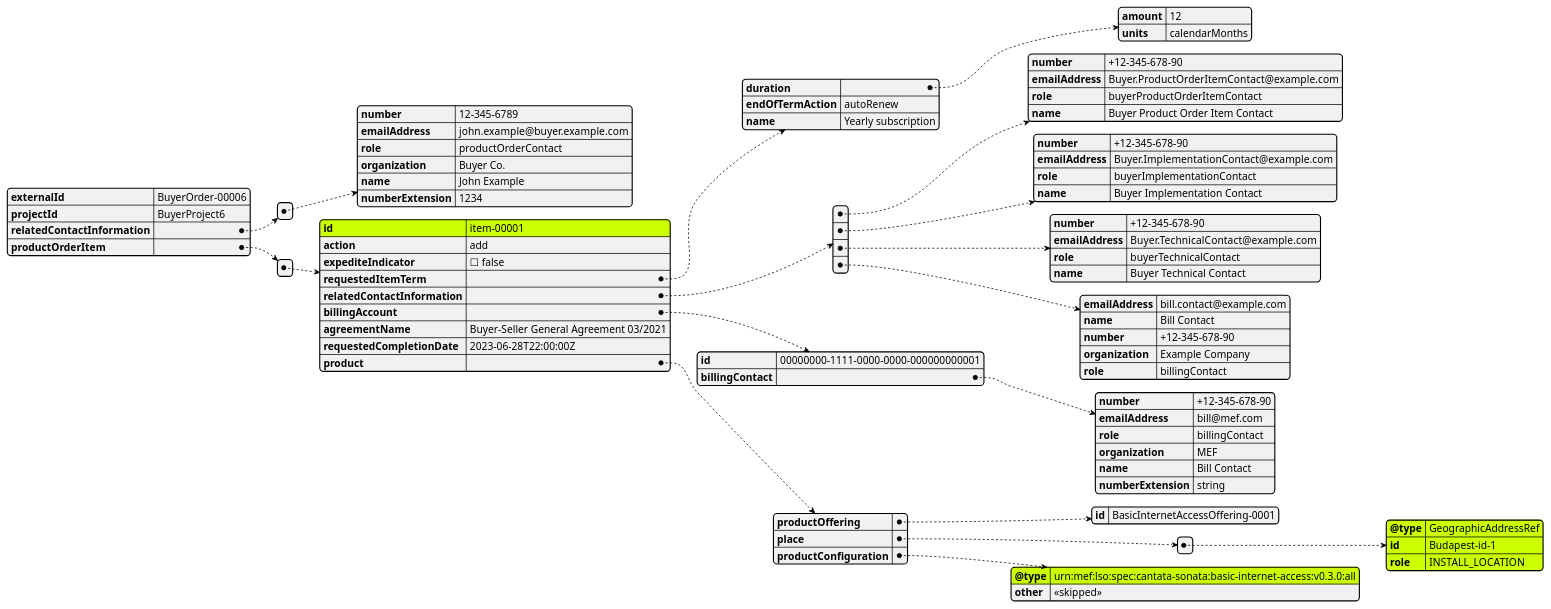
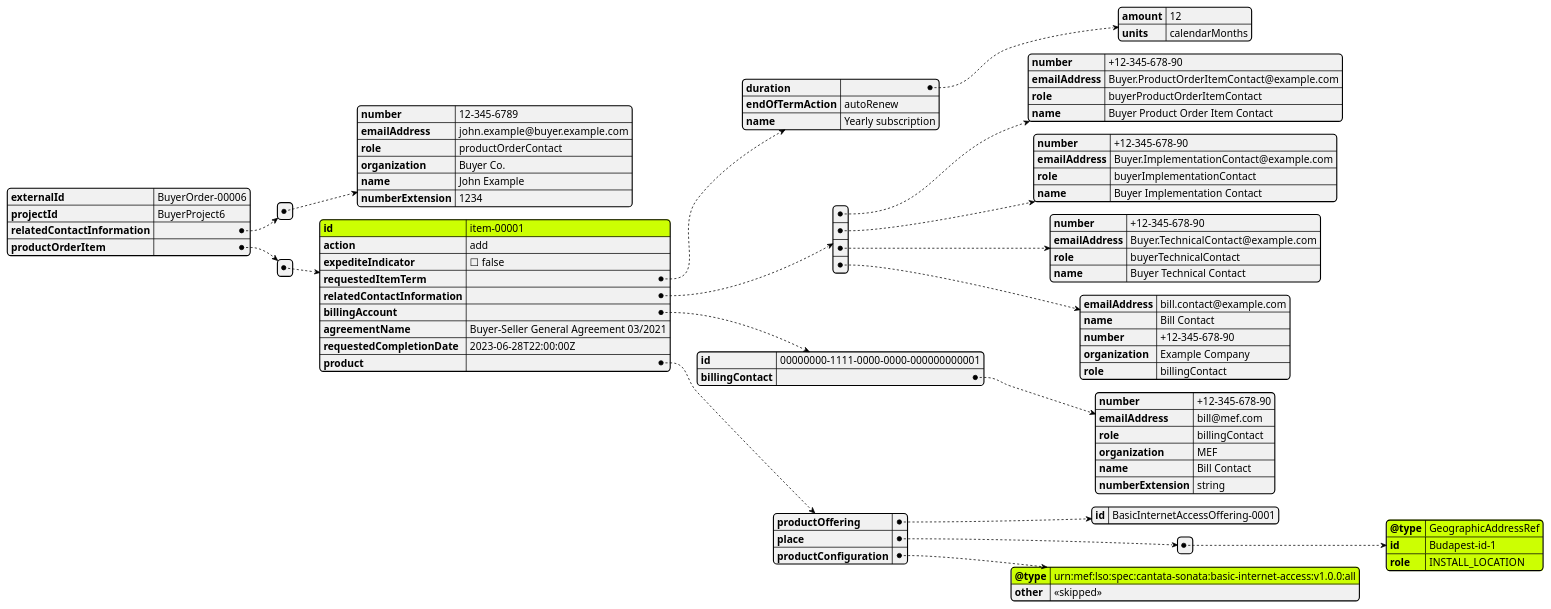
The diagram in documentation/productSchema/ip/internetAccess/MEF 139 resources/media/useCases/uc6Order.puml (MEF-GIT/MEF-LSO-Sonata-SDK), drawn with PlantUML before and after one commit. The commit also changed 83 other files, not shown here.

Commit message:
MEF W139 Internet Access schemas Letter Ballot

```diff
--- a/documentation/productSchema/ip/internetAccess/MEF 139 resources/media/useCases/uc6Order.puml
+++ b/documentation/productSchema/ip/internetAccess/MEF 139 resources/media/useCases/uc6Order.puml
@@ -1,96 +1,96 @@
 @startjson
 
 
 #highlight "productOrderItem" / "0" / "id" 
 #highlight "productOrderItem" / "0" / "product" / "productConfiguration" / "@type"
 #highlight "productOrderItem" / "0" / "product" / "place" / "0" / "@type"
 #highlight "productOrderItem" / "0" / "product" / "place" / "0" / "id"
 #highlight "productOrderItem" / "0" / "product" / "place" / "0" / "role"
 
 {
   "externalId": "BuyerOrder-00006",
   "projectId": "BuyerProject6",
   "relatedContactInformation": [
     {
       "number": "12-345-6789",
       "emailAddress": "john.example@buyer.example.com",
       "role": "productOrderContact",
       "organization": "Buyer Co.",
       "name": "John Example",
       "numberExtension": "1234"
     }
   ],
   "productOrderItem": [
     {
       "id": "item-00001",
       "action": "add",
       "expediteIndicator": false,
       "requestedItemTerm": {
         "duration": {
           "amount": 12,
           "units": "calendarMonths"
         },
         "endOfTermAction": "autoRenew",
         "name": "Yearly subscription"
       },
       "relatedContactInformation": [
         {
           "number": "+12-345-678-90",
           "emailAddress": "Buyer.ProductOrderItemContact@example.com",
           "role": "buyerProductOrderItemContact",
           "name": "Buyer Product Order Item Contact"
         },
         {
           "number": "+12-345-678-90",
           "emailAddress": "Buyer.ImplementationContact@example.com",
           "role": "buyerImplementationContact",
           "name": "Buyer Implementation Contact"
         },
         {
           "number": "+12-345-678-90",
           "emailAddress": "Buyer.TechnicalContact@example.com",
           "role": "buyerTechnicalContact",
           "name": "Buyer Technical Contact "
         },
         {
           "emailAddress": "bill.contact@example.com",
           "name": "Bill Contact",
           "number": "+12-345-678-90",
           "organization": "Example Company",
           "role": "billingContact"
         }
       ],
       "billingAccount": {
         "id": "00000000-1111-0000-0000-000000000001",
         "billingContact": {
           "number": "+12-345-678-90",
           "emailAddress": "bill@mef.com",
           "role": "billingContact",
           "organization": "MEF",
           "name": "Bill Contact",
           "numberExtension": "string"
         }
       },
       "agreementName": "Buyer-Seller General Agreement 03/2021",
       "requestedCompletionDate": "2023-06-28T22:00:00Z",
       "product": {
         "productOffering": {
           "id": "BasicInternetAccessOffering-0001"
         },
         "place": [
           {
             "@type": "GeographicAddressRef",
             "id": "Budapest-id-1",
             "role": "INSTALL_LOCATION"
           }
         ],
         "productConfiguration": {
-          "@type": "urn:mef:lso:spec:cantata-sonata:basic-internet-access:v0.3.0:all",
+          "@type": "urn:mef:lso:spec:cantata-sonata:basic-internet-access:v1.0.0:all",
           "other": "<<skipped>>"
         }
       }
     }
   ]
 }
 
 @endjson
```
